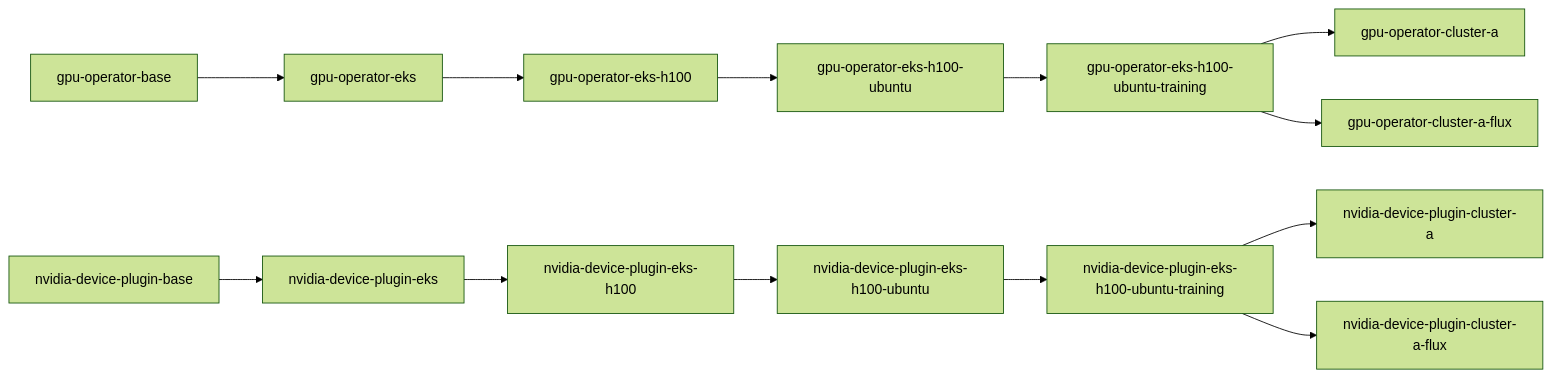
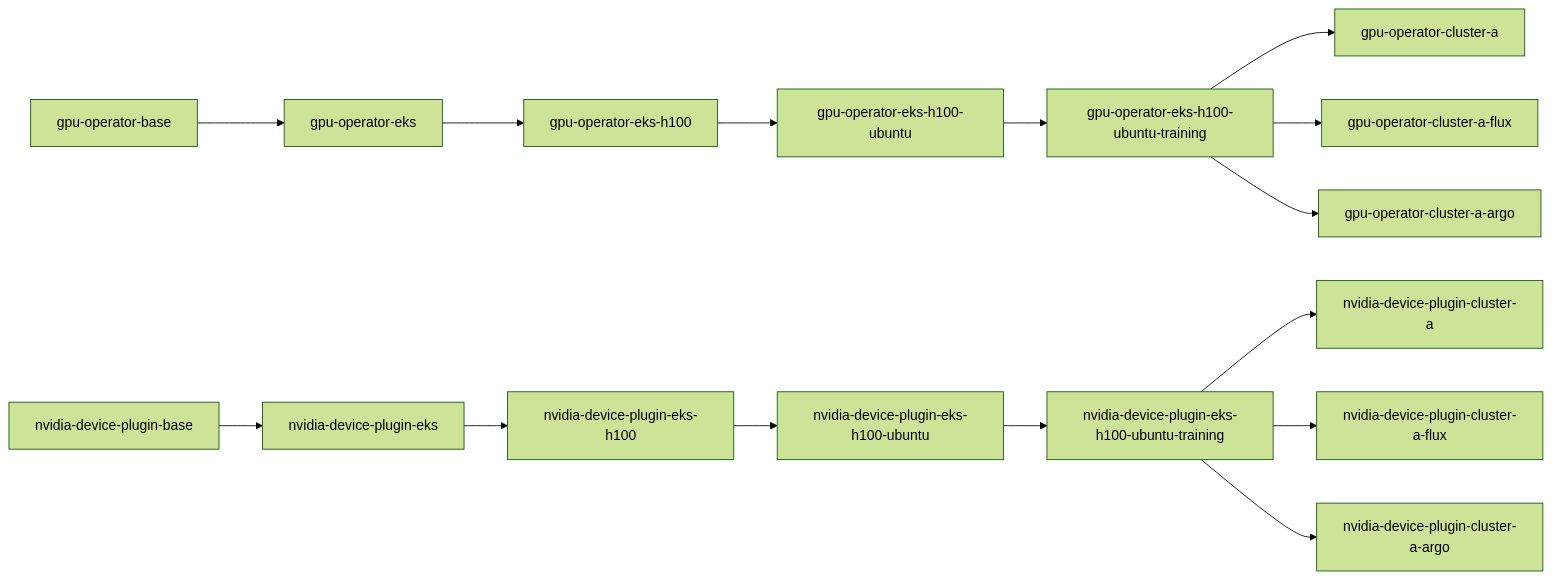
Before and after one commit to confighub/examples: the diagram in incubator/global-app-layer/gpu-eks-h100-training/README.md, drawn with Mermaid (forest theme). The commit also changed other lines of this file and 15 other files, not shown here.

First line of the commit message:
feat: add ArgoCDOCI deployment variant to single-component and gpu-eks-h100-training

````diff
--- a/incubator/global-app-layer/gpu-eks-h100-training/README.md
+++ b/incubator/global-app-layer/gpu-eks-h100-training/README.md
@@ -123,16 +125,18 @@
 ```mermaid
 flowchart LR
   GBase["gpu-operator-base"] --> GPlatform["gpu-operator-eks"]
   GPlatform --> GAccel["gpu-operator-eks-h100"]
   GAccel --> GOS["gpu-operator-eks-h100-ubuntu"]
   GOS --> GRecipe["gpu-operator-eks-h100-ubuntu-training"]
   GRecipe --> GDeploy["gpu-operator-cluster-a"]
   GRecipe --> GFlux["gpu-operator-cluster-a-flux"]
+  GRecipe --> GArgo["gpu-operator-cluster-a-argo"]
 
   PBase["nvidia-device-plugin-base"] --> PPlatform["nvidia-device-plugin-eks"]
   PPlatform --> PAccel["nvidia-device-plugin-eks-h100"]
   PAccel --> POS["nvidia-device-plugin-eks-h100-ubuntu"]
   POS --> PRecipe["nvidia-device-plugin-eks-h100-ubuntu-training"]
   PRecipe --> PDeploy["nvidia-device-plugin-cluster-a"]
   PRecipe --> PFlux["nvidia-device-plugin-cluster-a-flux"]
+  PRecipe --> PArgo["nvidia-device-plugin-cluster-a-argo"]
 ```
````
